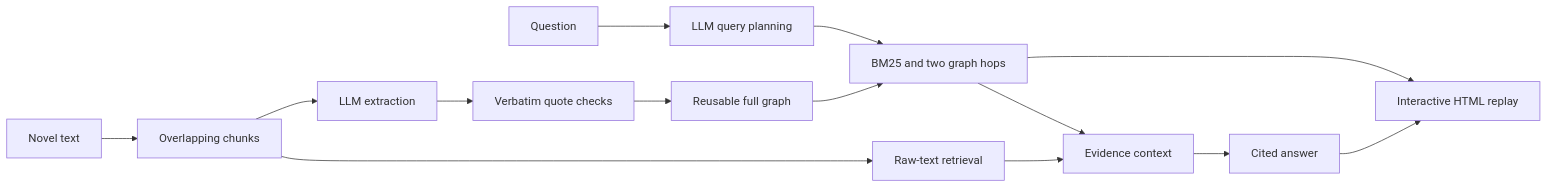
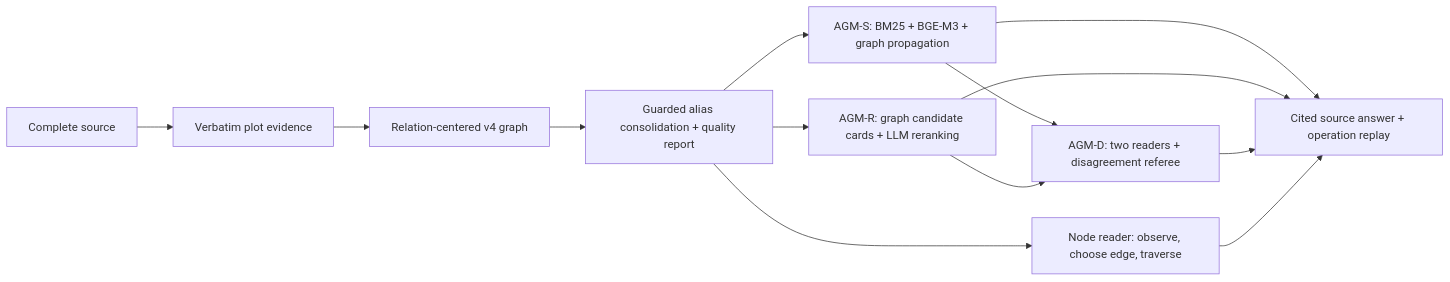
One commit to fuxiaoji/novel-graph-lab changed the diagram in README.md. Above: the diagram before and after it, drawn with Mermaid. The commit also changed other lines of this file and 30 other files, not shown here.

First line of the commit message:
v0.3: rebuild demo on agm-port-3.0 kernel (relation-centered graph + AGM-S/R/D + node-walk)

````diff
--- a/README.md
+++ b/README.md
@@ -90,16 +90,15 @@
 ```mermaid
 flowchart LR
-  A[Novel text] --> B[Overlapping chunks]
-  B --> C[LLM extraction]
-  C --> D[Verbatim quote checks]
-  D --> E[Reusable full graph]
-  Q[Question] --> P[LLM query planning]
-  P --> R[BM25 and two graph hops]
-  E --> R
-  B --> T[Raw-text retrieval]
-  R --> V[Evidence context]
-  T --> V
-  V --> F[Cited answer]
-  R --> H[Interactive HTML replay]
-  F --> H
+  N[Complete source] --> P[Verbatim plot evidence]
+  P --> G[Relation-centered v4 graph]
+  G --> M[Guarded alias consolidation + quality report]
+  M --> S[AGM-S: BM25 + BGE-M3 + graph propagation]
+  M --> R[AGM-R: graph candidate cards + LLM reranking]
+  S --> D[AGM-D: two readers + disagreement referee]
+  R --> D
+  M --> W[Node reader: observe, choose edge, traverse]
+  S --> E[Cited source answer + operation replay]
+  R --> E
+  D --> E
+  W --> E
 ```
````
